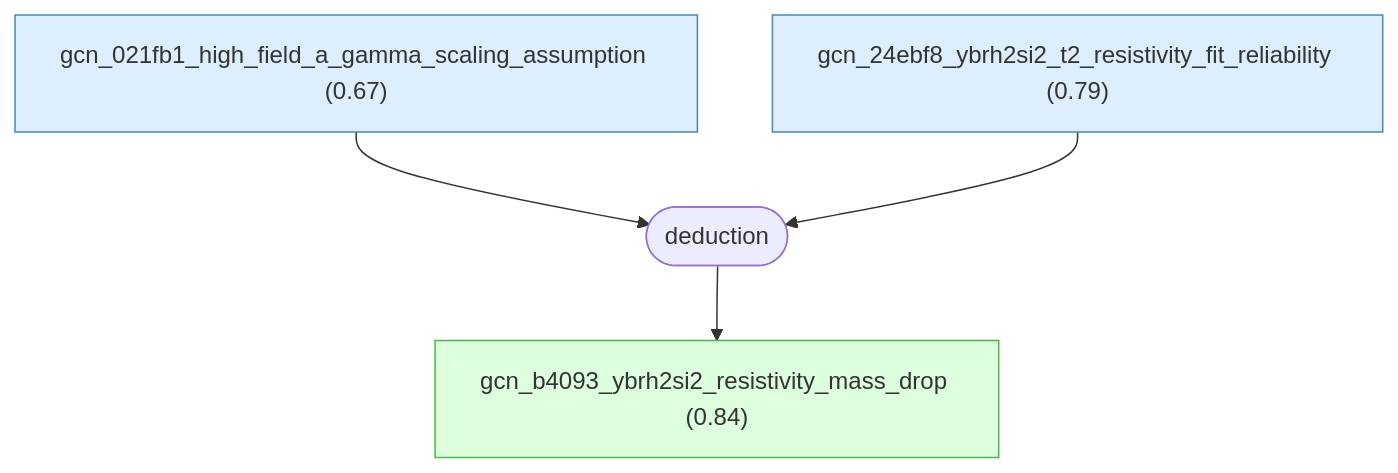
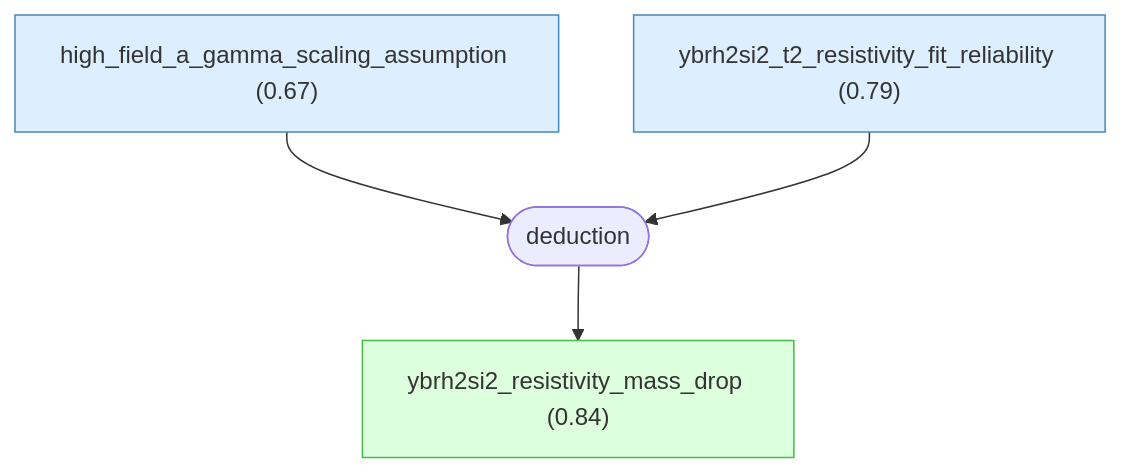
The sixth of 13 diagrams in docs/detailed-reasoning.md (Callo42/fermi-liquid-effective-mass-gaia), drawn with Mermaid before and after one commit. The commit also changed other lines of this file and 33 other files, not shown here.

````diff
--- a/docs/detailed-reasoning.md
+++ b/docs/detailed-reasoning.md
@@ -790,20 +790,20 @@
 ```mermaid
 graph TD
-    gcn_021fb1_high_field_a_gamma_scaling_assumption["gcn_021fb1_high_field_a_gamma_scaling_assumption (0.67)"]:::premise
-    gcn_24ebf8_ybrh2si2_t2_resistivity_fit_reliability["gcn_24ebf8_ybrh2si2_t2_resistivity_fit_reliability (0.79)"]:::premise
-    gcn_b4093_ybrh2si2_resistivity_mass_drop["gcn_b4093_ybrh2si2_resistivity_mass_drop (0.84)"]:::derived
+    high_field_a_gamma_scaling_assumption["high_field_a_gamma_scaling_assumption (0.67)"]:::premise
+    ybrh2si2_t2_resistivity_fit_reliability["ybrh2si2_t2_resistivity_fit_reliability (0.79)"]:::premise
+    ybrh2si2_resistivity_mass_drop["ybrh2si2_resistivity_mass_drop (0.84)"]:::derived
     strat_12(["deduction"])
-    gcn_021fb1_high_field_a_gamma_scaling_assumption --> strat_12
-    gcn_24ebf8_ybrh2si2_t2_resistivity_fit_reliability --> strat_12
-    strat_12 --> gcn_b4093_ybrh2si2_resistivity_mass_drop
+    high_field_a_gamma_scaling_assumption --> strat_12
+    ybrh2si2_t2_resistivity_fit_reliability --> strat_12
+    strat_12 --> ybrh2si2_resistivity_mass_drop
 
     classDef setting fill:#f0f0f0,stroke:#999,color:#333
     classDef premise fill:#ddeeff,stroke:#4488bb,color:#333
     classDef derived fill:#ddffdd,stroke:#44bb44,color:#333
     classDef question fill:#fff3dd,stroke:#cc9944,color:#333
     classDef background fill:#f5f5f5,stroke:#bbb,stroke-dasharray: 5 5,color:#333
     classDef orphan fill:#fff,stroke:#ccc,stroke-dasharray: 5 5,color:#333
     classDef external fill:#fff,stroke:#aaa,stroke-dasharray: 3 3,color:#333
     classDef weak fill:#fff9c4,stroke:#f9a825,stroke-dasharray: 5 5,color:#333
     classDef contra fill:#ffebee,stroke:#c62828,color:#333
 ```
````
